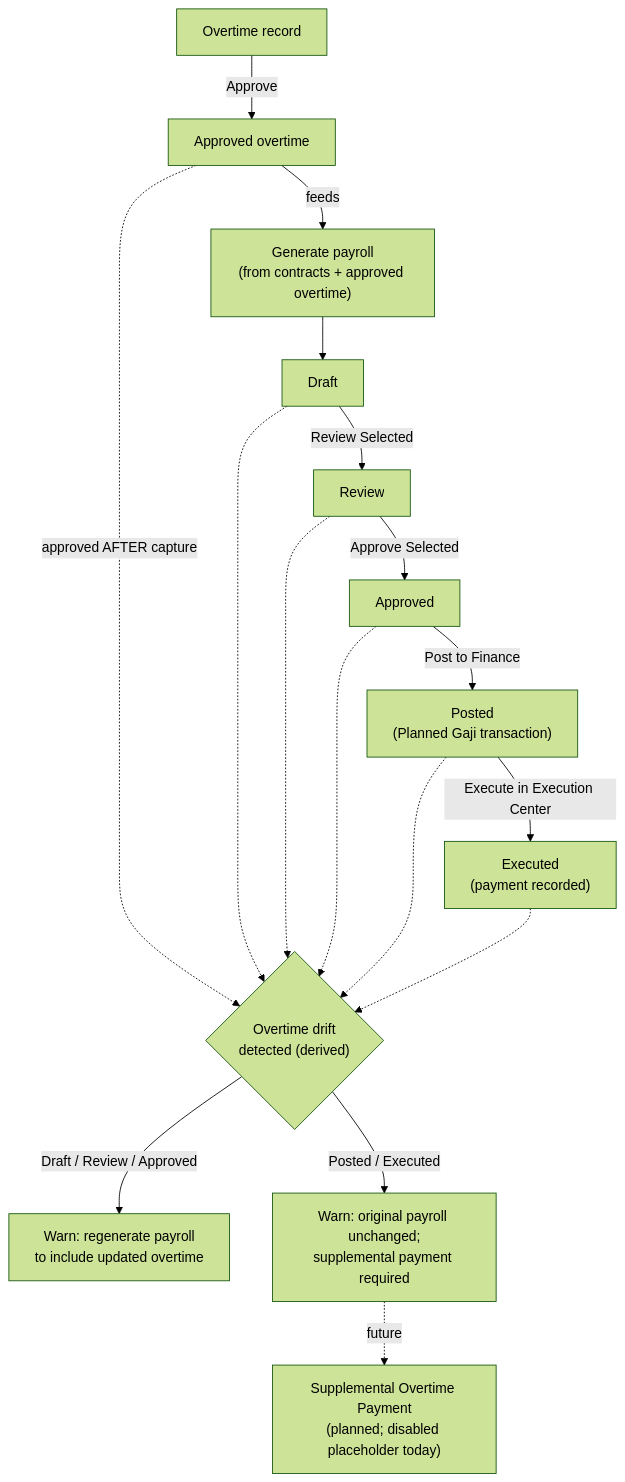
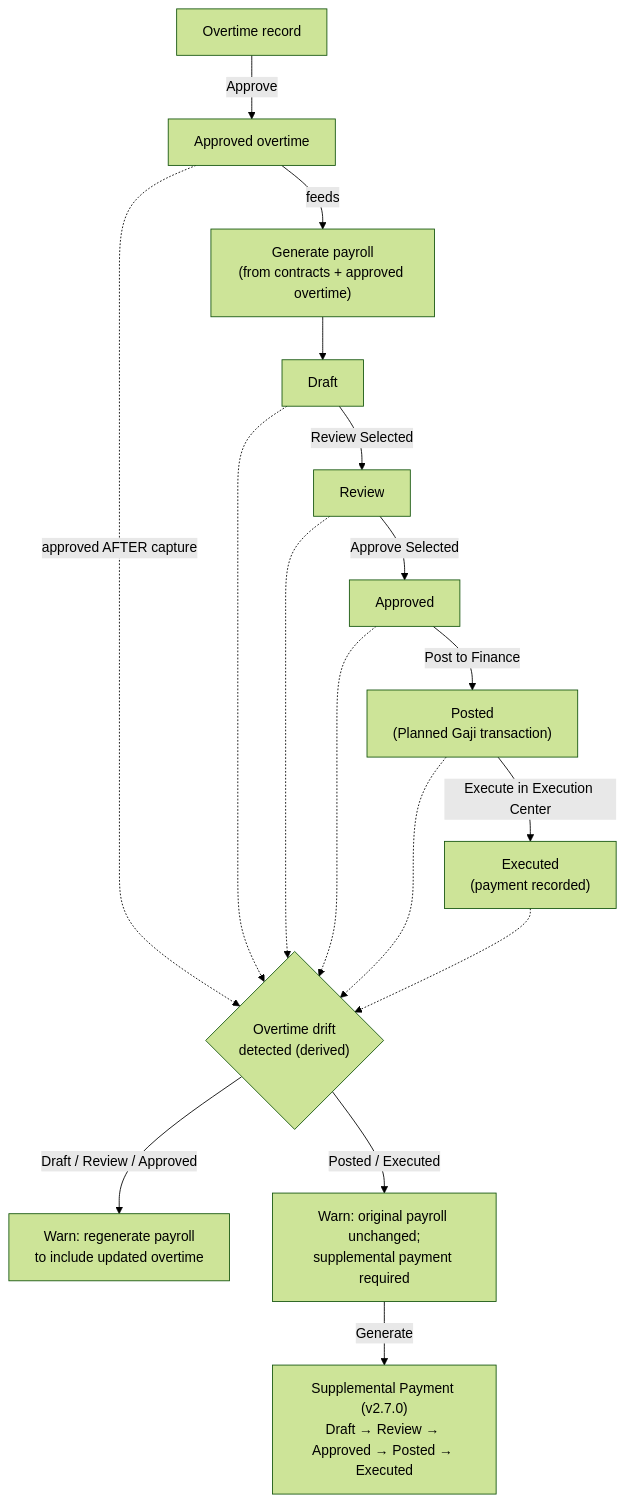
One commit to fanoryu/TAM-Intelligence-OS changed the second of 3 diagrams in ARCHITECTURE.md. Above: the diagram before and after it, drawn with Mermaid (forest theme). The commit also changed other lines of this file and 21 other files, not shown here.

````diff
--- a/ARCHITECTURE.md
+++ b/ARCHITECTURE.md
@@ -78,22 +78,22 @@
 ```mermaid
 flowchart TD
   OT["Overtime record"] -->|Approve| OTA["Approved overtime"]
   OTA -->|feeds| GEN
 
   GEN["Generate payroll<br/>(from contracts + approved overtime)"] --> DRAFT["Draft"]
   DRAFT -->|Review Selected| REVIEW["Review"]
   REVIEW -->|Approve Selected| APPROVED["Approved"]
   APPROVED -->|Post to Finance| POSTED["Posted<br/>(Planned Gaji transaction)"]
   POSTED -->|Execute in Execution Center| EXECUTED["Executed<br/>(payment recorded)"]
 
   OTA -.->|approved AFTER capture| DRIFT{"Overtime drift<br/>detected (derived)"}
   DRAFT -.-> DRIFT
   REVIEW -.-> DRIFT
   APPROVED -.-> DRIFT
   POSTED -.-> DRIFT
   EXECUTED -.-> DRIFT
 
   DRIFT -->|Draft / Review / Approved| REGEN["Warn: regenerate payroll<br/>to include updated overtime"]
   DRIFT -->|Posted / Executed| SUPP["Warn: original payroll unchanged;<br/>supplemental payment required"]
-  SUPP -.->|future| SUPPFUT["Supplemental Overtime Payment<br/>(planned; disabled placeholder today)"]
+  SUPP -->|Generate| SUPPENG["Supplemental Payment (v2.7.0)<br/>Draft → Review → Approved → Posted → Executed"]
 ```
````
